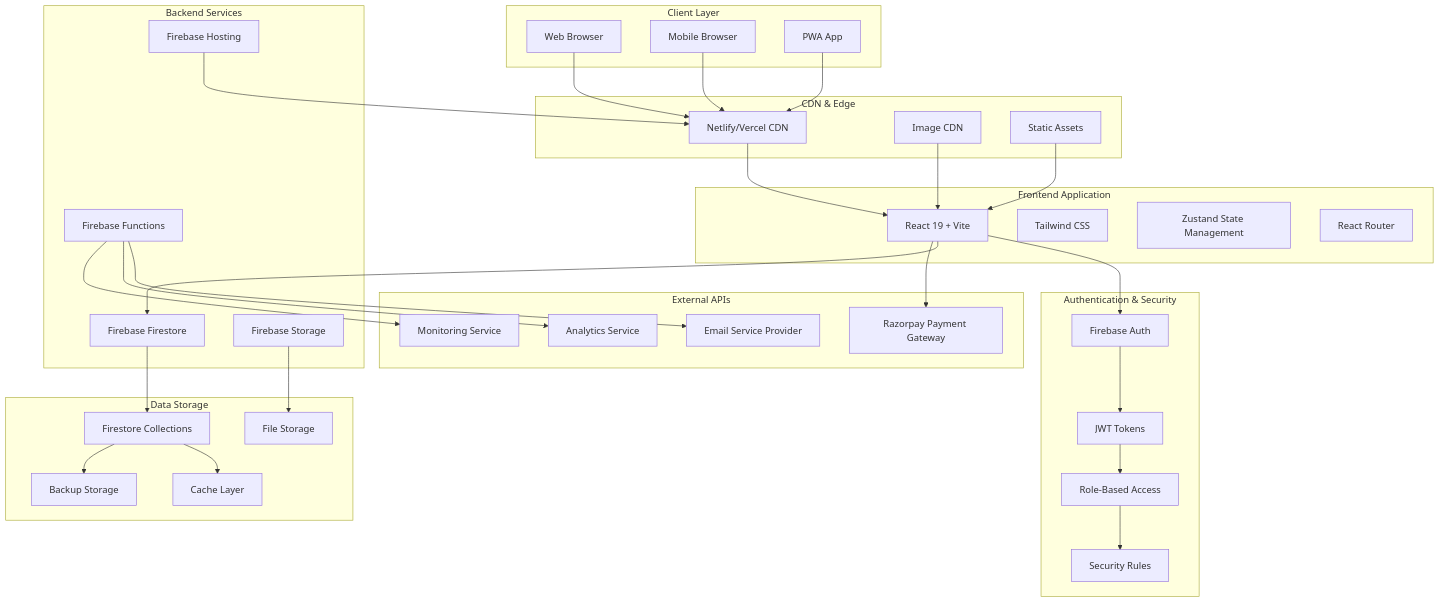
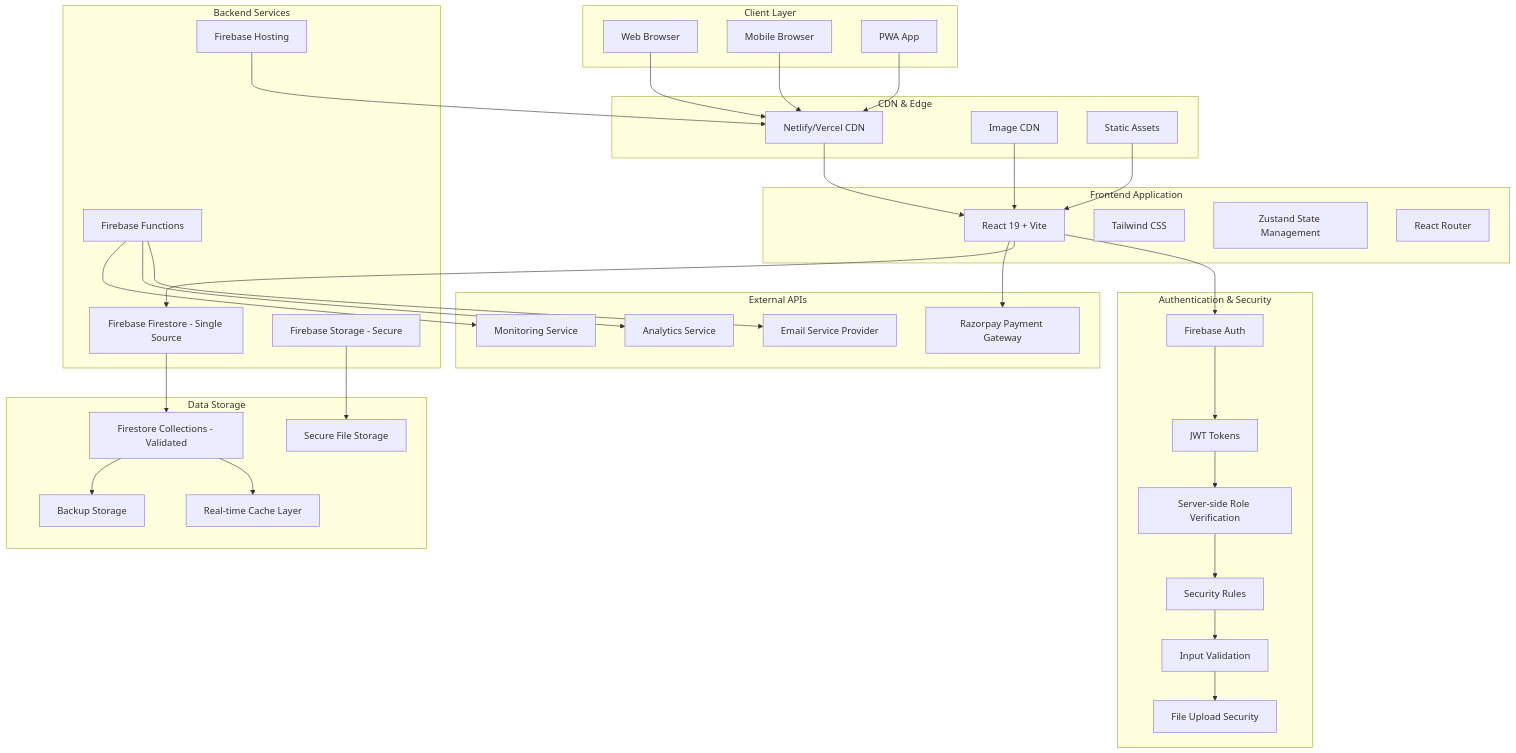
Before and after one commit to anathema43/diamo: the first of 14 diagrams in SYSTEM_ARCHITECTURE.md, drawn with Mermaid. The commit also changed other lines of this file and 11 other files, not shown here.

````diff
--- a/SYSTEM_ARCHITECTURE.md
+++ b/SYSTEM_ARCHITECTURE.md
@@ -11,75 +19,79 @@
 ```mermaid
 graph TB
     subgraph "Client Layer"
         A[Web Browser]
         B[Mobile Browser]
         C[PWA App]
     end
     
     subgraph "CDN & Edge"
         D[Netlify/Vercel CDN]
         E[Image CDN]
         F[Static Assets]
     end
     
     subgraph "Frontend Application"
         G[React 19 + Vite]
         H[Tailwind CSS]
         I[Zustand State Management]
         J[React Router]
     end
     
     subgraph "Authentication & Security"
         K[Firebase Auth]
         L[JWT Tokens]
-        M[Role-Based Access]
+        M[Server-side Role Verification]
         N[Security Rules]
+        O[Input Validation]
+        P[File Upload Security]
     end
     
     subgraph "Backend Services"
-        O[Firebase Firestore]
-        P[Firebase Storage]
-        Q[Firebase Functions]
-        R[Firebase Hosting]
+        Q[Firebase Firestore - Single Source]
+        R[Firebase Storage - Secure]
+        S[Firebase Functions]
+        T[Firebase Hosting]
     end
     
     subgraph "External APIs"
-        S[Razorpay Payment Gateway]
-        T[Email Service Provider]
-        U[Analytics Service]
-        V[Monitoring Service]
+        U[Razorpay Payment Gateway]
+        V[Email Service Provider]
+        W[Analytics Service]
+        X[Monitoring Service]
     end
     
     subgraph "Data Storage"
-        W[Firestore Collections]
-        X[File Storage]
-        Y[Cache Layer]
-        Z[Backup Storage]
+        Y[Firestore Collections - Validated]
+        Z[Secure File Storage]
+        AA[Real-time Cache Layer]
+        BB[Backup Storage]
     end
     
     A --> D
     B --> D
     C --> D
     D --> G
     E --> G
     F --> G
     
     G --> K
-    G --> O
-    G --> S
+    G --> Q
+    G --> U
     
     K --> L
     L --> M
     M --> N
+    N --> O
+    O --> P
     
-    O --> W
-    P --> X
-    Q --> T
-    R --> D
+    Q --> Y
+    R --> Z
+    S --> V
+    T --> D
     
-    Q --> U
-    Q --> V
+    S --> W
+    S --> X
     
-    W --> Y
-    W --> Z
+    Y --> AA
+    Y --> BB
 ```
````
